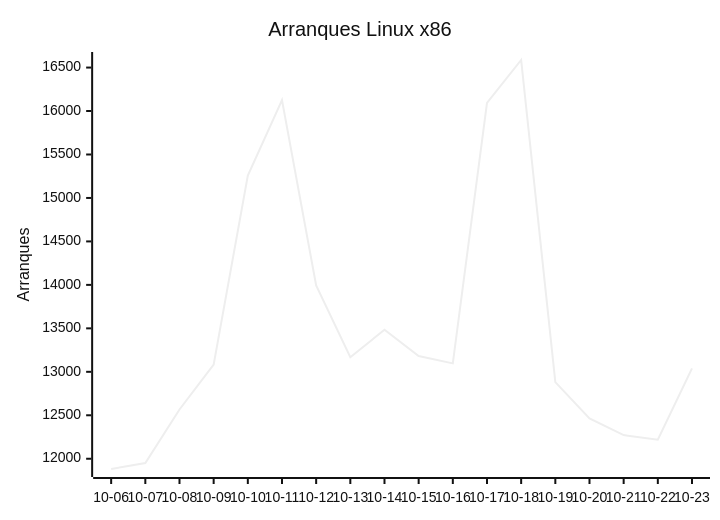
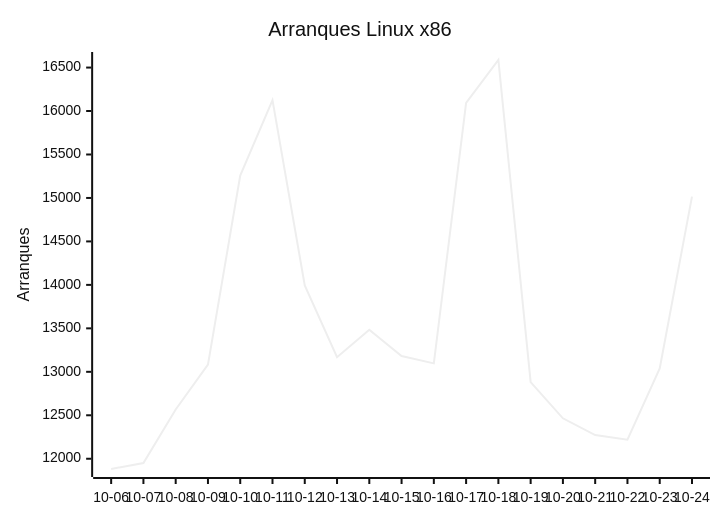
Before and after one commit to EmuDeck/stats: the first of 9 diagrams in README.md, drawn with Mermaid (neutral theme). The commit also changed other lines of this file and 2 other files, not shown here.

````diff
--- a/README.md
+++ b/README.md
@@ -18,7 +18,7 @@
 ```mermaid
 xychart-beta
     title "Arranques Linux x86"
-    x-axis ["10-06", "10-07", "10-08", "10-09", "10-10", "10-11", "10-12", "10-13", "10-14", "10-15", "10-16", "10-17", "10-18", "10-19", "10-20", "10-21", "10-22", "10-23"]
+    x-axis ["10-06", "10-07", "10-08", "10-09", "10-10", "10-11", "10-12", "10-13", "10-14", "10-15", "10-16", "10-17", "10-18", "10-19", "10-20", "10-21", "10-22", "10-23", "10-24"]
     y-axis "Arranques"
-    line [11882, 11951, 12567, 13083, 15258, 16125, 13994, 13168, 13483, 13181, 13097, 16093, 16587, 12882, 12465, 12272, 12219, 13039]
+    line [11882, 11951, 12567, 13083, 15258, 16125, 13994, 13168, 13483, 13181, 13097, 16093, 16587, 12882, 12465, 12272, 12219, 13039, 15016]
 ```
````
